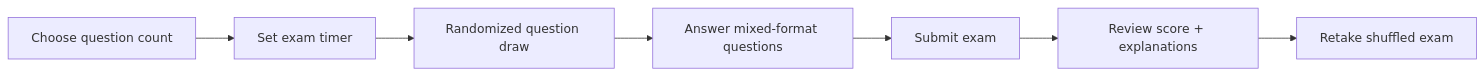
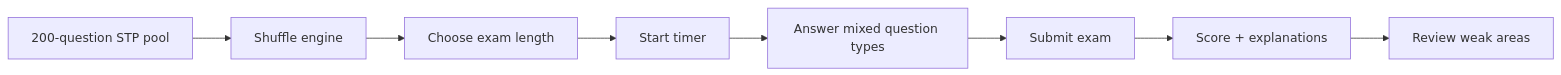
One commit to Sudo017/ccna-stp-exam-simulator changed the diagram in README.md. Above: the diagram before and after it, drawn with Mermaid. The commit also changed other lines of this file and 1 other file, not shown here.

````diff
--- a/README.md
+++ b/README.md
@@ -109,9 +45,10 @@
 ```mermaid
 flowchart LR
-    A[Choose question count] --> B[Set exam timer]
-    B --> C[Randomized question draw]
-    C --> D[Answer mixed-format questions]
-    D --> E[Submit exam]
-    E --> F[Review score + explanations]
-    F --> G[Retake shuffled exam]
+    A[200-question STP pool] --> B[Shuffle engine]
+    B --> C[Choose exam length]
+    C --> D[Start timer]
+    D --> E[Answer mixed question types]
+    E --> F[Submit exam]
+    F --> G[Score + explanations]
+    G --> H[Review weak areas]
 ```
````
